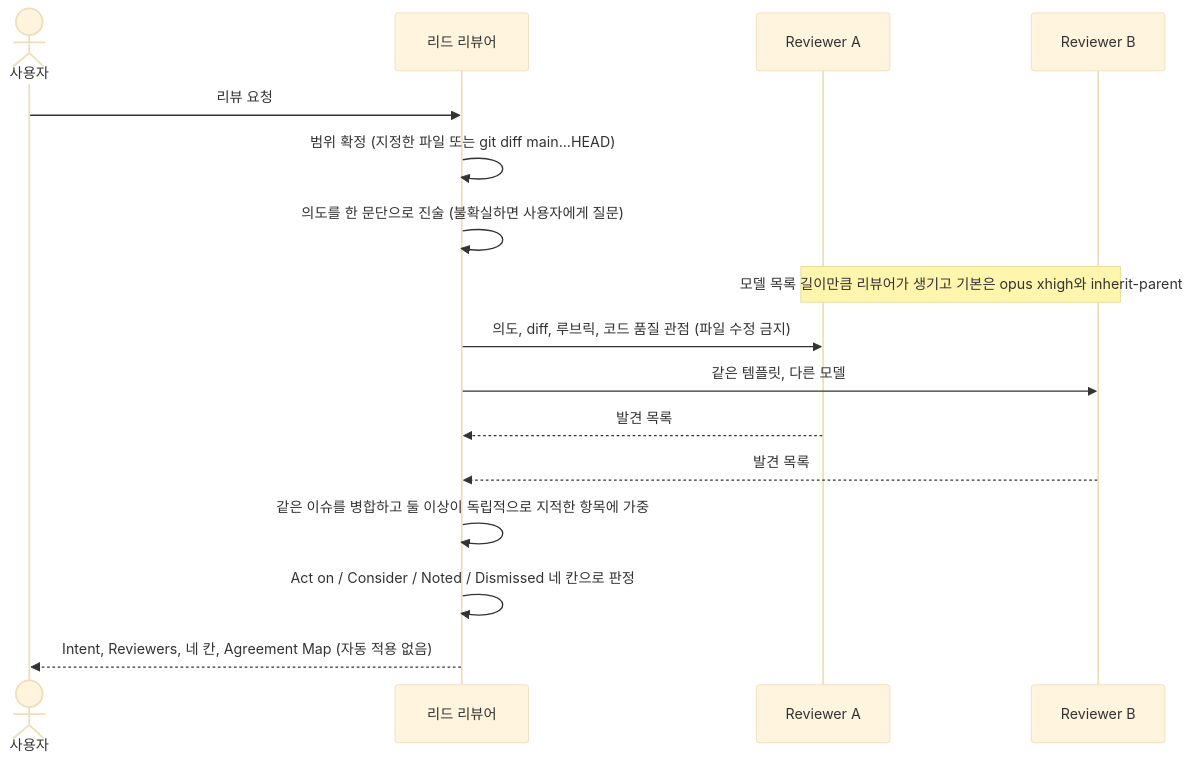
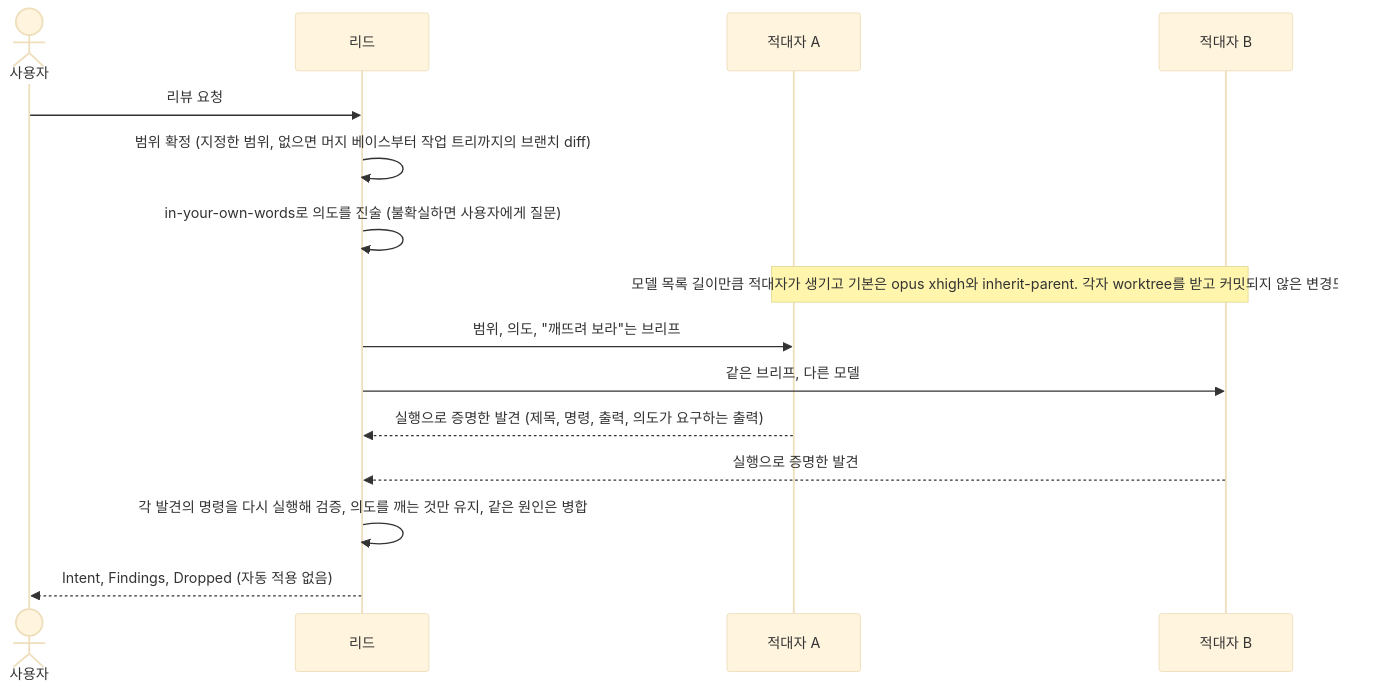
Diagram 17 of 57 in README.md (Mineru98/mstack), drawn with Mermaid (base theme) before and after one commit. The commit also changed other lines of this file and 444 other files, not shown here.

````diff
--- a/README.md
+++ b/README.md
@@ -621,19 +625,18 @@
 ```mermaid
 sequenceDiagram
     actor U as 사용자
-    participant L as 리드 리뷰어
-    participant A as Reviewer A
-    participant B as Reviewer B
+    participant L as 리드
+    participant A as 적대자 A
+    participant B as 적대자 B
 
     U->>L: 리뷰 요청
-    L->>L: 범위 확정 (지정한 파일 또는 git diff main...HEAD)
-    L->>L: 의도를 한 문단으로 진술 (불확실하면 사용자에게 질문)
-    Note over A,B: 모델 목록 길이만큼 리뷰어가 생기고 기본은 opus xhigh와 inherit-parent
-    L->>A: 의도, diff, 루브릭, 코드 품질 관점 (파일 수정 금지)
-    L->>B: 같은 템플릿, 다른 모델
-    A-->>L: 발견 목록
-    B-->>L: 발견 목록
-    L->>L: 같은 이슈를 병합하고 둘 이상이 독립적으로 지적한 항목에 가중
-    L->>L: Act on / Consider / Noted / Dismissed 네 칸으로 판정
-    L-->>U: Intent, Reviewers, 네 칸, Agreement Map (자동 적용 없음)
+    L->>L: 범위 확정 (지정한 범위, 없으면 머지 베이스부터 작업 트리까지의 브랜치 diff)
+    L->>L: in-your-own-words로 의도를 진술 (불확실하면 사용자에게 질문)
+    Note over A,B: 모델 목록 길이만큼 적대자가 생기고 기본은 opus xhigh와 inherit-parent. 각자 worktree를 받고 커밋되지 않은 변경도 복사됨
+    L->>A: 범위, 의도, "깨뜨려 보라"는 브리프
+    L->>B: 같은 브리프, 다른 모델
+    A-->>L: 실행으로 증명한 발견 (제목, 명령, 출력, 의도가 요구하는 출력)
+    B-->>L: 실행으로 증명한 발견
+    L->>L: 각 발견의 명령을 다시 실행해 검증, 의도를 깨는 것만 유지, 같은 원인은 병합
+    L-->>U: Intent, Findings, Dropped (자동 적용 없음)
 ```
````
